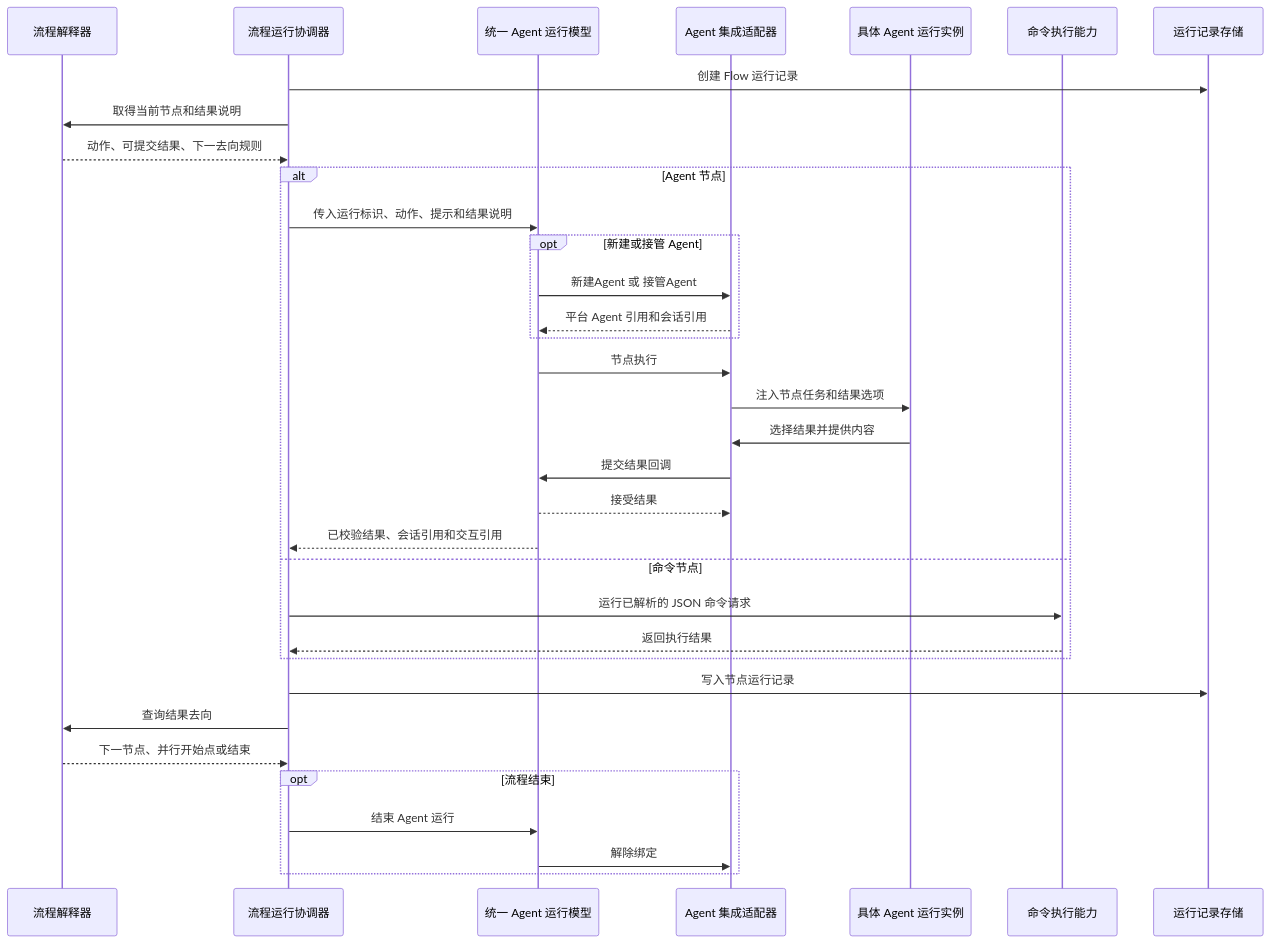
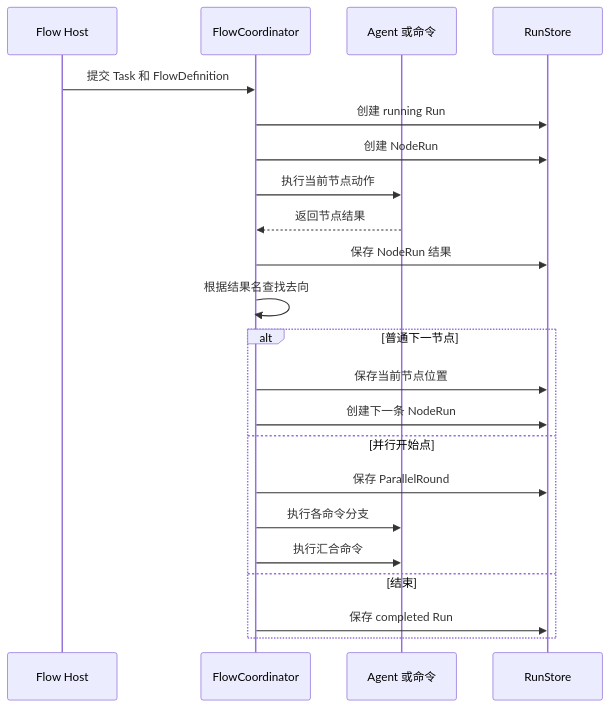
The second of 2 diagrams in docs/agent-flow-runtime-architecture.md (JhihJian/Agent-Flow-Runtime), drawn with Mermaid before and after one commit. The commit also changed other lines of this file and 3 other files, not shown here.

Commit message:
docs: 重写 Flow Runtime 核心设计

````diff
--- a/docs/agent-flow-runtime-architecture.md
+++ b/docs/agent-flow-runtime-architecture.md
@@ -126,37 +113,25 @@
 ```mermaid
 sequenceDiagram
-  participant I as 流程解释器
-  participant C as 流程运行协调器
-  participant M as 统一 Agent 运行模型
-  participant X as Agent 集成适配器
-  participant A as 具体 Agent 运行实例
-  participant D as 命令执行能力
-  participant S as 运行记录存储
+  participant H as Flow Host
+  participant R as FlowCoordinator
+  participant X as Agent 或命令
+  participant S as RunStore
 
-  C->>S: 创建 Flow 运行记录
-  C->>I: 取得当前节点和结果说明
-  I-->>C: 动作、可提交结果、下一去向规则
-  alt Agent 节点
-    C->>M: 传入运行标识、动作、提示和结果说明
-    opt 新建或接管 Agent
-      M->>X: 新建Agent 或 接管Agent
-      X-->>M: 平台 Agent 引用和会话引用
-    end
-    M->>X: 节点执行
-    X->>A: 注入节点任务和结果选项
-    A->>X: 选择结果并提供内容
-    X->>M: 提交结果回调
-    M-->>X: 接受结果
-    M-->>C: 已校验结果、会话引用和交互引用
-  else 命令节点
-    C->>D: 运行已解析的 JSON 命令请求
-    D-->>C: 返回执行结果
-  end
-  C->>S: 写入节点运行记录
-  C->>I: 查询结果去向
-  I-->>C: 下一节点、并行开始点或结束
-  opt 流程结束
-    C->>M: 结束 Agent 运行
-    M->>X: 解除绑定
+  H->>R: 提交 Task 和 FlowDefinition
+  R->>S: 创建 running Run
+  R->>S: 创建 NodeRun
+  R->>X: 执行当前节点动作
+  X-->>R: 返回节点结果
+  R->>S: 保存 NodeRun 结果
+  R->>R: 根据结果名查找去向
+  alt 普通下一节点
+    R->>S: 保存当前节点位置
+    R->>S: 创建下一条 NodeRun
+  else 并行开始点
+    R->>S: 保存 ParallelRound
+    R->>X: 执行各命令分支
+    R->>X: 执行汇合命令
+  else 结束
+    R->>S: 保存 completed Run
   end
 ```
````
